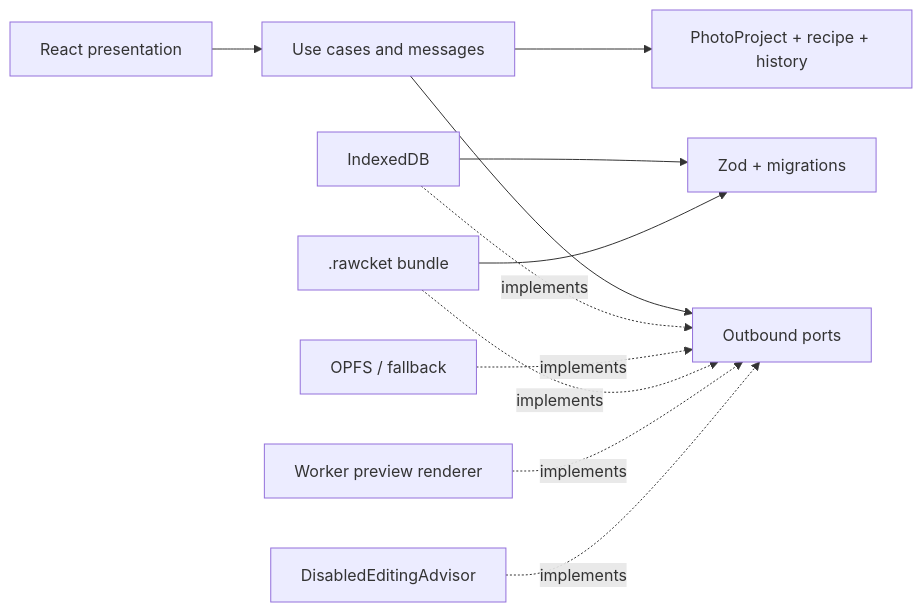
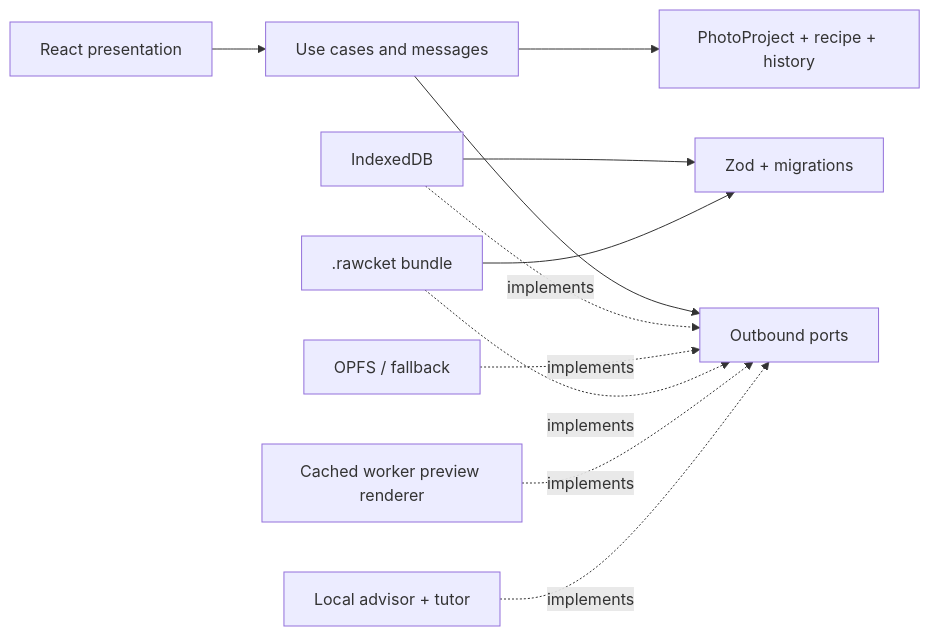
The first of 2 diagrams in docs/architecture.md (haskou/RAWcket), drawn with Mermaid before and after one commit. The commit also changed other lines of this file and 6 other files, not shown here.

````diff
--- a/docs/architecture.md
+++ b/docs/architecture.md
@@ -5,13 +5,13 @@
 ```mermaid
 flowchart LR
   UI["React presentation"] --> APP["Use cases and messages"]
   APP --> DOMAIN["PhotoProject + recipe + history"]
   APP --> PORTS["Outbound ports"]
   IDB["IndexedDB"] -. implements .-> PORTS
   OPFS["OPFS / fallback"] -. implements .-> PORTS
   BUNDLE[".rawcket bundle"] -. implements .-> PORTS
-  RENDER["Worker preview renderer"] -. implements .-> PORTS
-  ADVISOR["DisabledEditingAdvisor"] -. implements .-> PORTS
+  RENDER["Cached worker preview renderer"] -. implements .-> PORTS
+  ADVISOR["Local advisor + tutor"] -. implements .-> PORTS
   IDB --> ZOD["Zod + migrations"]
   BUNDLE --> ZOD
 ```
````
